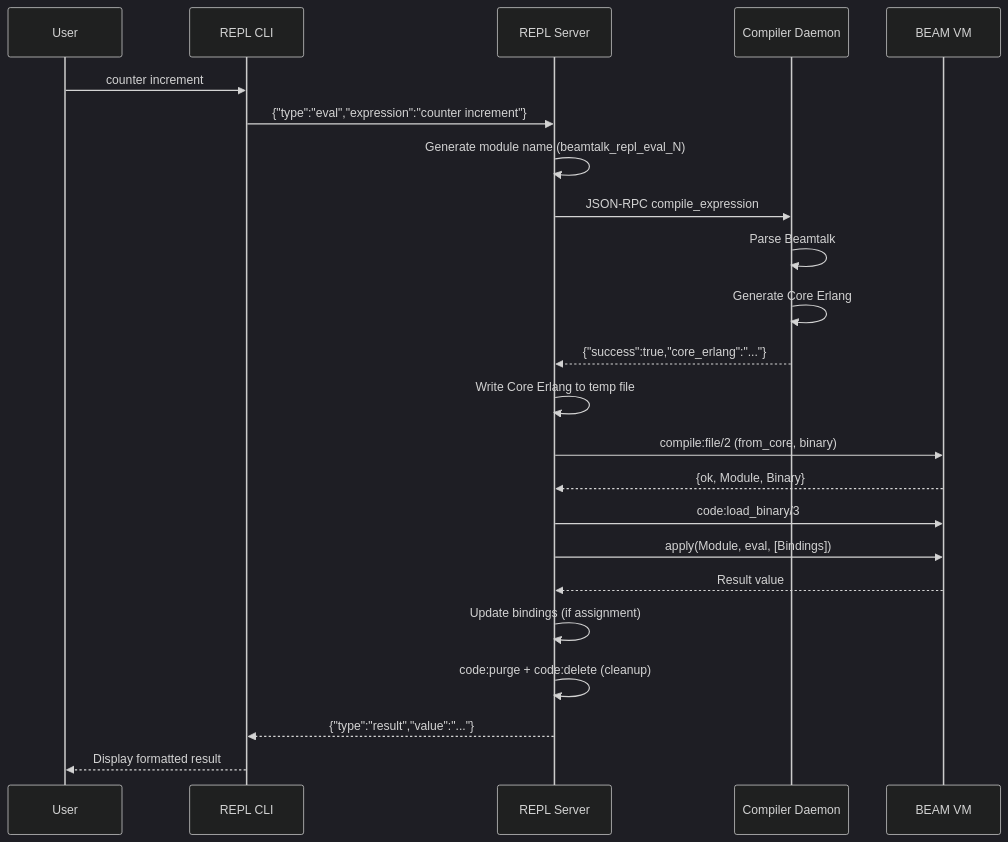
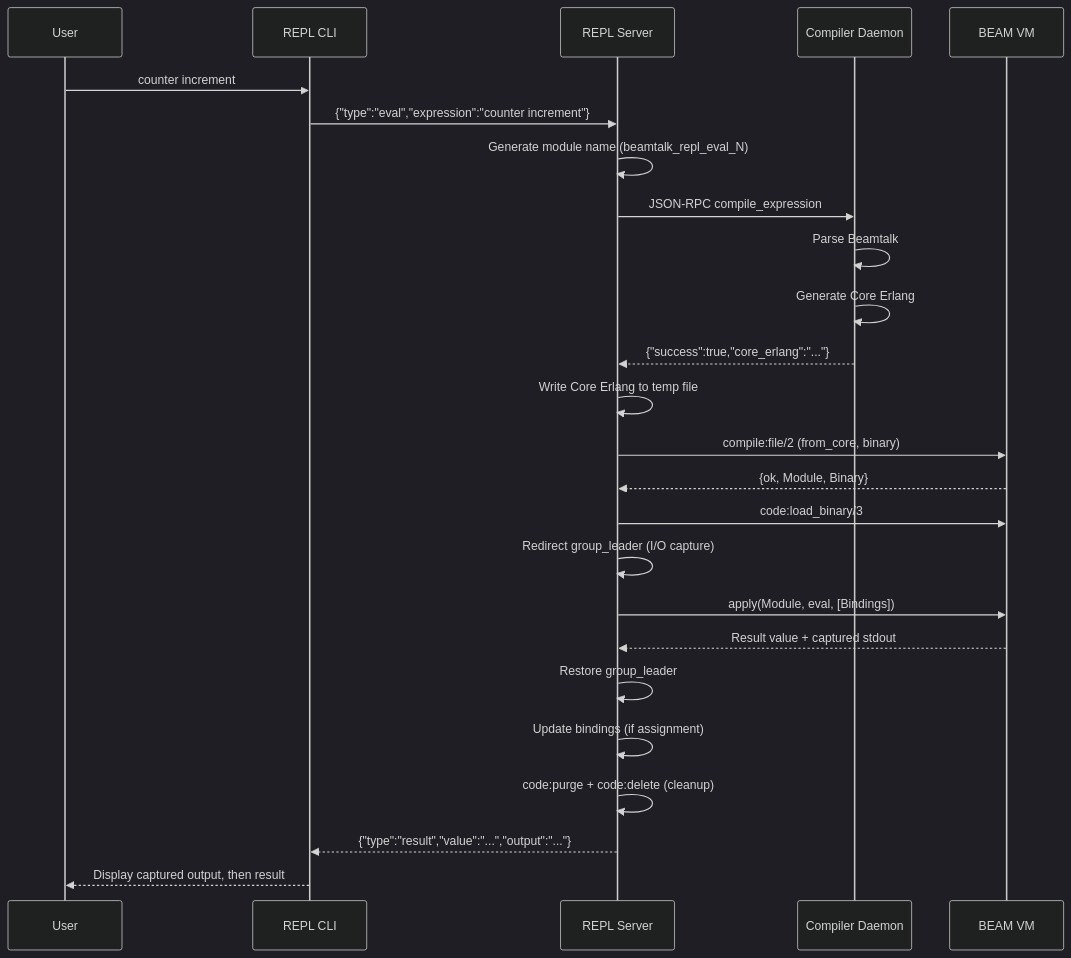
Before and after one commit to jamesc/beamtalk: the third of 3 diagrams in docs/internal/repl-internals.md, drawn with Mermaid (dark theme). The commit also changed other lines of this file and 9 other files, not shown here.

First line of the commit message:
feat: capture stdout in REPL for Transcript show: output BT-328

````diff
--- a/docs/internal/repl-internals.md
+++ b/docs/internal/repl-internals.md
@@ -207,26 +207,28 @@
 ```mermaid
 sequenceDiagram
     participant User
     participant CLI as REPL CLI
     participant Server as REPL Server
     participant Daemon as Compiler Daemon
     participant BEAM as BEAM VM
 
     User->>CLI: counter increment
     CLI->>Server: {"type":"eval","expression":"counter increment"}
     Server->>Server: Generate module name (beamtalk_repl_eval_N)
     Server->>Daemon: JSON-RPC compile_expression
     Daemon->>Daemon: Parse Beamtalk
     Daemon->>Daemon: Generate Core Erlang
     Daemon-->>Server: {"success":true,"core_erlang":"..."}
     Server->>Server: Write Core Erlang to temp file
     Server->>BEAM: compile:file/2 (from_core, binary)
     BEAM-->>Server: {ok, Module, Binary}
     Server->>BEAM: code:load_binary/3
+    Server->>Server: Redirect group_leader (I/O capture)
     Server->>BEAM: apply(Module, eval, [Bindings])
-    BEAM-->>Server: Result value
+    BEAM-->>Server: Result value + captured stdout
+    Server->>Server: Restore group_leader
     Server->>Server: Update bindings (if assignment)
     Server->>Server: code:purge + code:delete (cleanup)
-    Server-->>CLI: {"type":"result","value":"..."}
-    CLI-->>User: Display formatted result
+    Server-->>CLI: {"type":"result","value":"...","output":"..."}
+    CLI-->>User: Display captured output, then result
 ```
````
